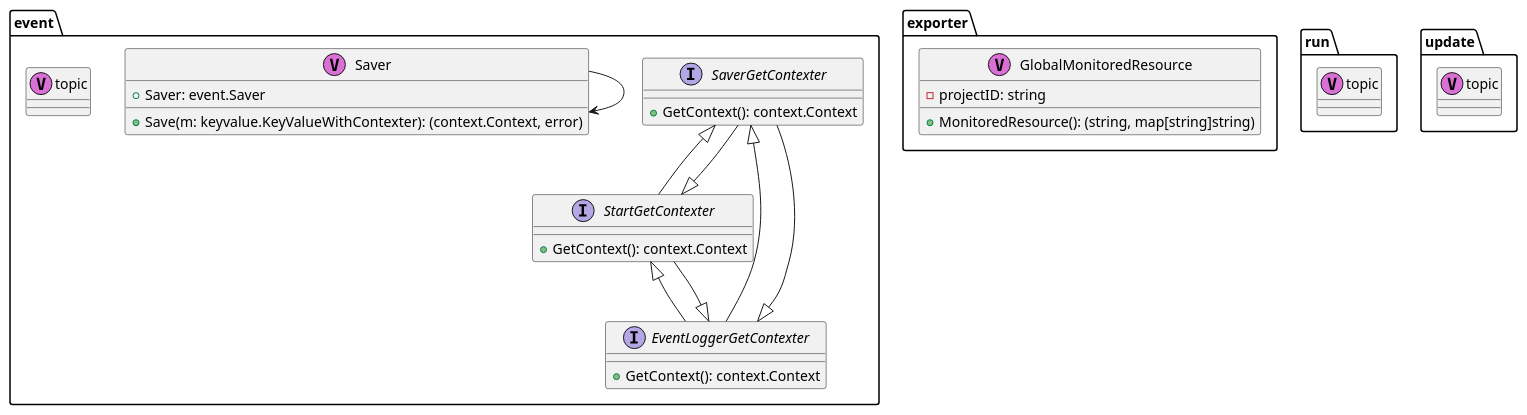
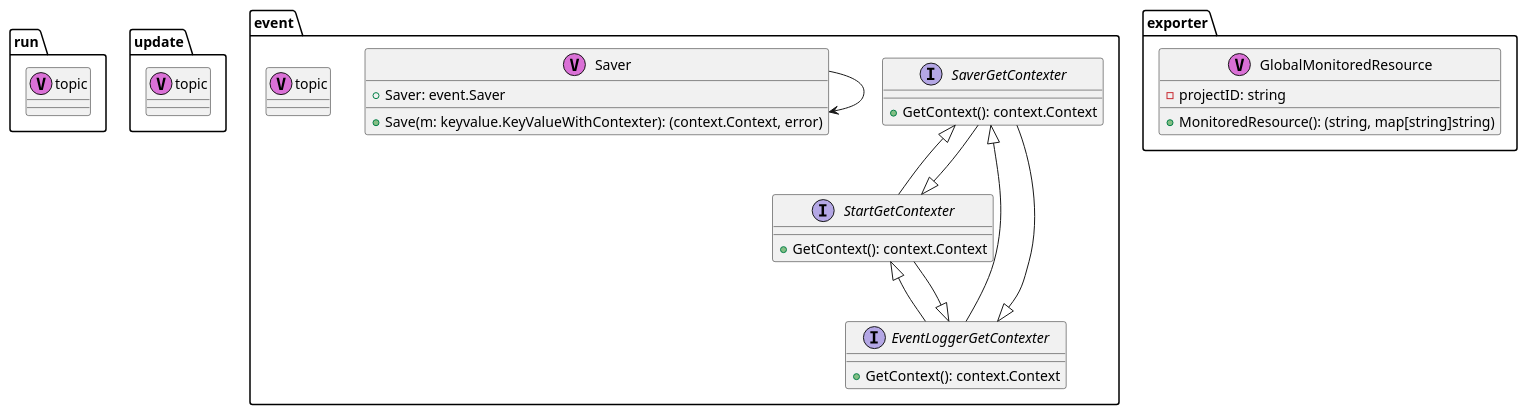
One commit to michilu/boilerplate changed the diagram in application/application.puml. Above: the diagram before and after it, drawn with PlantUML. The commit also changed other lines of this file and 7 other files, not shown here.

```diff
--- a/application/application.puml
+++ b/application/application.puml
@@ -1,72 +1,72 @@
 @startuml
+
+package "run" {
+	class "topic" as run.topic <<V,Orchid>>
+}
+
+
+
+package "update" {
+	class "topic" as update.topic <<V,Orchid>>
+}
+
+
 
 package "event" {
 	interface "EventLoggerGetContexter" as event.EventLoggerGetContexter {
 		+GetContext(): context.Context
 	}
 }
 
 
 
 package "event" {
 	class "Saver" as event.Saver <<V,Orchid>> {
 		+Saver: event.Saver
 		+Save(m: keyvalue.KeyValueWithContexter): (context.Context, error)
 	}
 }
 
 	event.Saver --> event.Saver
 
 
 package "event" {
 	interface "SaverGetContexter" as event.SaverGetContexter {
 		+GetContext(): context.Context
 	}
 }
 
 
 
 package "event" {
 	interface "StartGetContexter" as event.StartGetContexter {
 		+GetContext(): context.Context
 	}
 }
 
 
 
 package "event" {
 	class "topic" as event.topic <<V,Orchid>>
 }
 
 
 
 package "exporter" {
 	class "GlobalMonitoredResource" as exporter.GlobalMonitoredResource <<V,Orchid>> {
 		-projectID: string
 		+MonitoredResource(): (string, map[string]string)
 	}
 }
 
 
 
-package "run" {
-	class "topic" as run.topic <<V,Orchid>>
-}
-
-
-
-package "update" {
-	class "topic" as update.topic <<V,Orchid>>
-}
-
-
-
 	event.EventLoggerGetContexter -up-|> event.SaverGetContexter
 	event.EventLoggerGetContexter -up-|> event.StartGetContexter
 	event.SaverGetContexter -up-|> event.EventLoggerGetContexter
 	event.SaverGetContexter -up-|> event.StartGetContexter
 	event.StartGetContexter -up-|> event.EventLoggerGetContexter
 	event.StartGetContexter -up-|> event.SaverGetContexter
 
 
 @enduml
```
